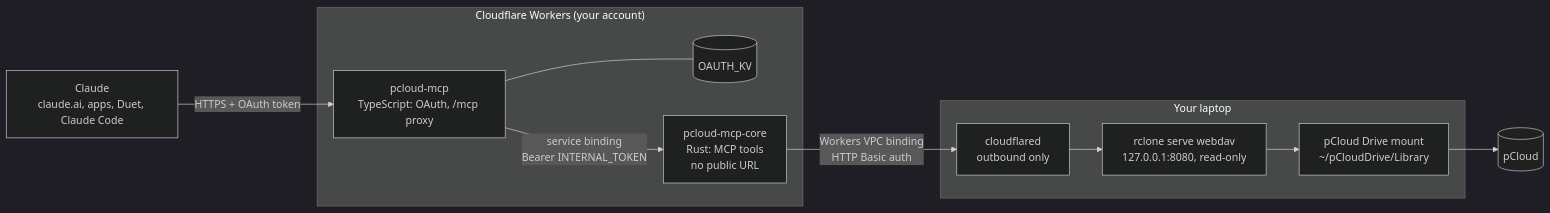
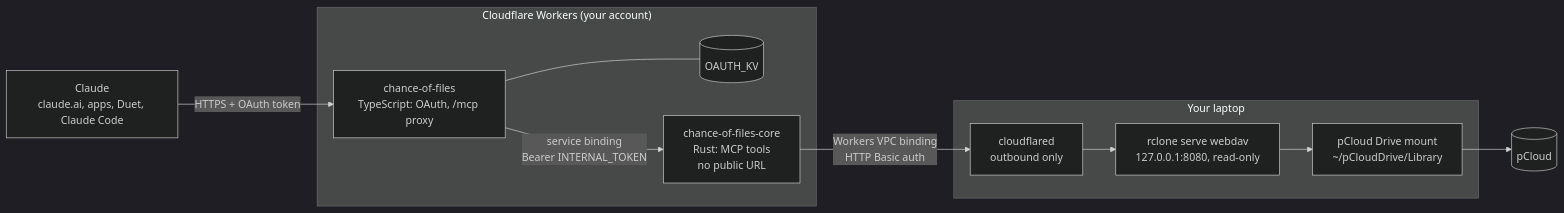
One commit to tywrr/pcloud-mcp changed the diagram in README.md. Above: the diagram before and after it, drawn with Mermaid (dark theme). The commit also changed other lines of this file and 43 other files, not shown here.

````diff
--- a/README.md
+++ b/README.md
@@ -46,20 +50,20 @@
 ```mermaid
 flowchart LR
   claude["Claude<br/>claude.ai, apps, Duet, Claude Code"]
   subgraph cf["Cloudflare Workers (your account)"]
-    auth["pcloud-mcp<br/>TypeScript: OAuth, /mcp proxy"]
+    auth["chance-of-files<br/>TypeScript: OAuth, /mcp proxy"]
     kv[("OAUTH_KV")]
-    core["pcloud-mcp-core<br/>Rust: MCP tools<br/>no public URL"]
+    core["chance-of-files-core<br/>Rust: MCP tools<br/>no public URL"]
   end
   subgraph laptop["Your laptop"]
     cfd["cloudflared<br/>outbound only"]
     rclone["rclone serve webdav<br/>127.0.0.1:8080, read-only"]
     drive["pCloud Drive mount<br/>~/pCloudDrive/Library"]
   end
   pcloud[("pCloud")]
   claude -- "HTTPS + OAuth token" --> auth
   auth --- kv
   auth -- "service binding<br/>Bearer INTERNAL_TOKEN" --> core
   core -- "Workers VPC binding<br/>HTTP Basic auth" --> cfd
   cfd --> rclone --> drive --> pcloud
 ```
````
